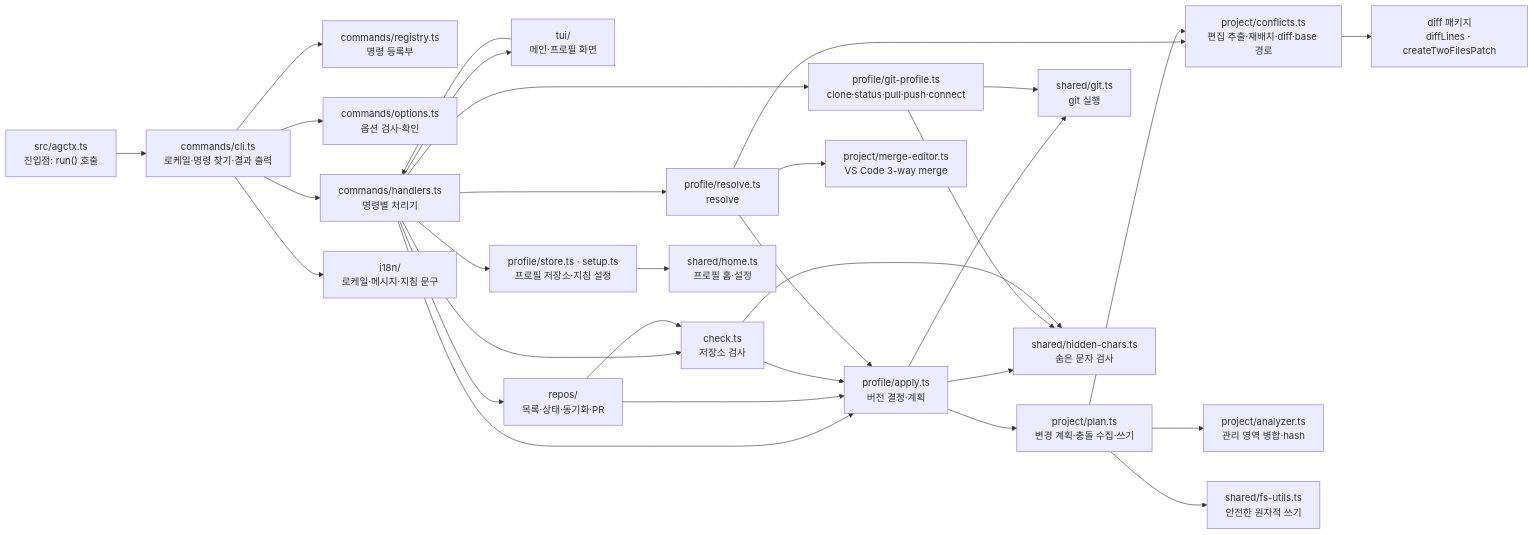
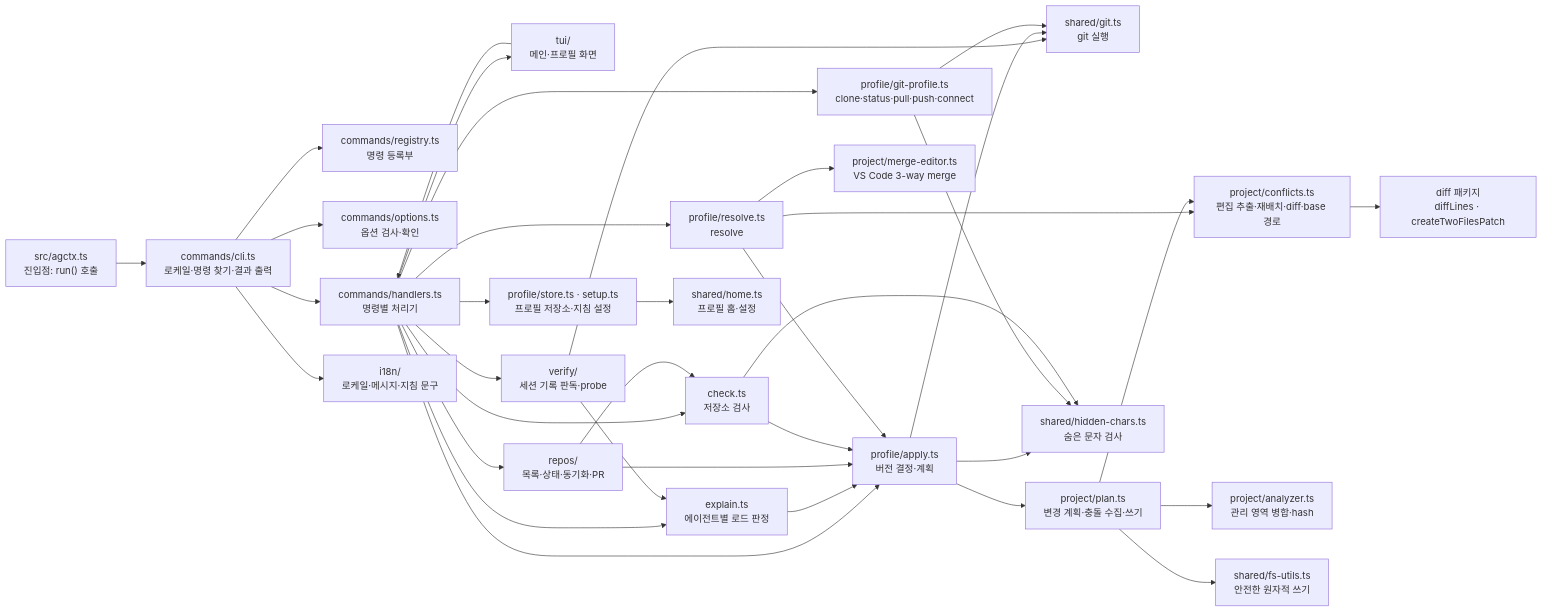
One commit to IsthisLee/agent-context-manager changed the first of 15 diagrams in docs/architecture/implementation-mechanics.md. Above: the diagram before and after it, drawn with Mermaid. The commit also changed other lines of this file and 37 other files, not shown here.

````diff
--- a/docs/architecture/implementation-mechanics.md
+++ b/docs/architecture/implementation-mechanics.md
@@ -22,33 +22,38 @@
 ```mermaid
 flowchart LR
   entry["src/agctx.ts<br/>진입점: run() 호출"] --> cli["commands/cli.ts<br/>로케일·명령 찾기·결과 출력"]
   cli --> registry["commands/registry.ts<br/>명령 등록부"]
   cli --> options["commands/options.ts<br/>옵션 검사·확인"]
   cli --> handlers["commands/handlers.ts<br/>명령별 처리기"]
   handlers --> tui["tui/<br/>메인·프로필 화면"]
   tui --> handlers
   handlers --> store["profile/store.ts · setup.ts<br/>프로필 저장소·지침 설정"]
   handlers --> apply["profile/apply.ts<br/>버전 결정·계획"]
   handlers --> resolve["profile/resolve.ts<br/>resolve"]
   handlers --> gitprofile["profile/git-profile.ts<br/>clone·status·pull·push·connect"]
   handlers --> check["check.ts<br/>저장소 검사"]
   handlers --> repos["repos/<br/>목록·상태·동기화·PR"]
+  handlers --> explain["explain.ts<br/>에이전트별 로드 판정"]
+  handlers --> verify["verify/<br/>세션 기록 판독·probe"]
+  verify --> explain
+  explain --> apply
+  verify --> gitrun
   repos --> check
   repos --> apply
   check --> apply
   resolve --> apply
   apply --> plan["project/plan.ts<br/>변경 계획·충돌 수집·쓰기"]
   apply --> gitrun["shared/git.ts<br/>git 실행"]
   gitprofile --> gitrun
   apply --> hidden["shared/hidden-chars.ts<br/>숨은 문자 검사"]
   gitprofile --> hidden
   check --> hidden
   resolve --> merge["project/merge-editor.ts<br/>VS Code 3-way merge"]
   resolve --> conflicts["project/conflicts.ts<br/>편집 추출·재배치·diff·base 경로"]
   plan --> analyzer["project/analyzer.ts<br/>관리 영역 병합·hash"]
   plan --> conflicts
   plan --> fsutils["shared/fs-utils.ts<br/>안전한 원자적 쓰기"]
   store --> home["shared/home.ts<br/>프로필 홈·설정"]
   cli --> i18n["i18n/<br/>로케일·메시지·지침 문구"]
   conflicts --> jsdiff["diff 패키지<br/>diffLines · createTwoFilesPatch"]
 ```
````
